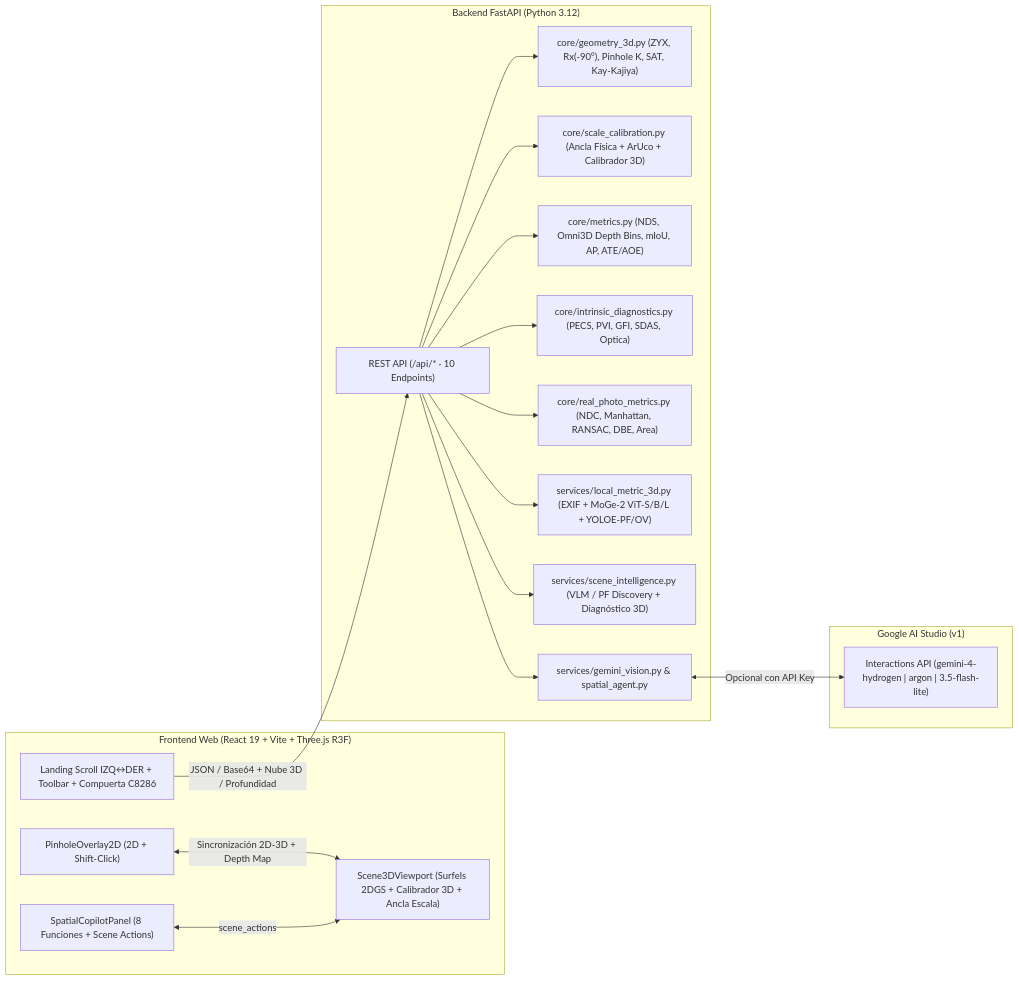
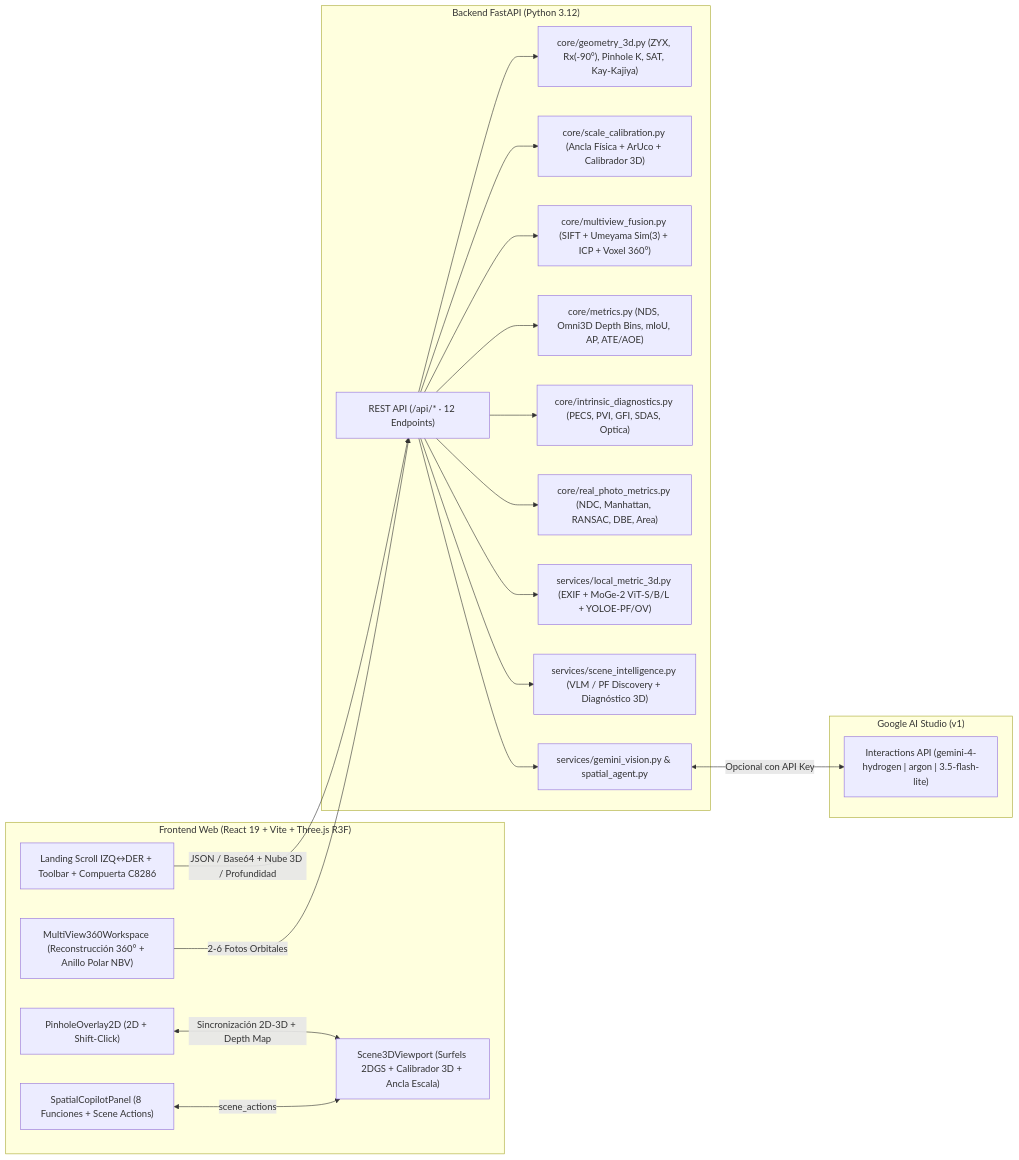
Before and after one commit to dariohuerta84/MyLeenTo3: the diagram in README.md, drawn with Mermaid. The commit also changed other lines of this file and 13 other files, not shown here.

Commit message:
feat: Phase 3 multi-view 360 reconstruction (SIFT+Sim3 Umeyama, Point-to-Plane ICP, voxel fusion, closed volumetry & ActivePose NBV)

````diff
--- a/README.md
+++ b/README.md
@@ -111,38 +111,42 @@
 ```mermaid
 flowchart LR
     subgraph Client["Frontend Web (React 19 + Vite + Three.js R3F)"]
         UI["Landing Scroll IZQ↔DER + Toolbar + Compuerta C8286"]
         V2D["PinholeOverlay2D (2D + Shift-Click)"]
         V3D["Scene3DViewport (Surfels 2DGS + Calibrador 3D + Ancla Escala)"]
+        MV3D["MultiView360Workspace (Reconstrucción 360° + Anillo Polar NBV)"]
         COP["SpatialCopilotPanel (8 Funciones + Scene Actions)"]
     end
 
     subgraph Backend["Backend FastAPI (Python 3.12)"]
-        API["REST API (/api/* · 10 Endpoints)"]
+        API["REST API (/api/* · 12 Endpoints)"]
         GEO["core/geometry_3d.py (ZYX, Rx(-90°), Pinhole K, SAT, Kay-Kajiya)"]
         CAL["core/scale_calibration.py (Ancla Física + ArUco + Calibrador 3D)"]
+        MV["core/multiview_fusion.py (SIFT + Umeyama Sim(3) + ICP + Voxel 360°)"]
         MTR["core/metrics.py (NDS, Omni3D Depth Bins, mIoU, AP, ATE/AOE)"]
         DIA["core/intrinsic_diagnostics.py (PECS, PVI, GFI, SDAS, Optica)"]
         RPM["core/real_photo_metrics.py (NDC, Manhattan, RANSAC, DBE, Area)"]
         L3D["services/local_metric_3d.py (EXIF + MoGe-2 ViT-S/B/L + YOLOE-PF/OV)"]
         SINT["services/scene_intelligence.py (VLM / PF Discovery + Diagnóstico 3D)"]
         SVC["services/gemini_vision.py & spatial_agent.py"]
     end
 
     subgraph Cloud["Google AI Studio (v1)"]
         INT["Interactions API (gemini-4-hydrogen | argon | 3.5-flash-lite)"]
     end
 
     UI -->|JSON / Base64 + Nube 3D / Profundidad| API
+    MV3D -->|2-6 Fotos Orbitales| API
     V2D <-->|Sincronización 2D-3D + Depth Map| V3D
     COP <-->|scene_actions| V3D
     API --> GEO
     API --> CAL
+    API --> MV
     API --> MTR
     API --> DIA
     API --> RPM
     API --> L3D
     API --> SINT
     API --> SVC
     SVC <-->|Opcional con API Key| INT
 ```
````
